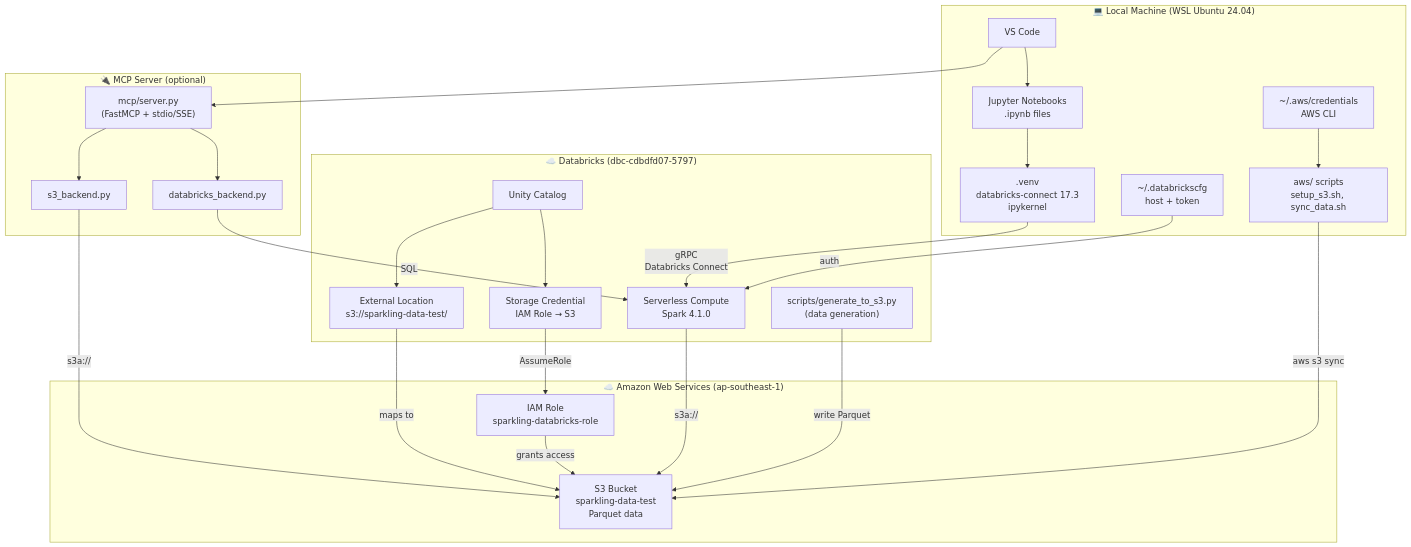
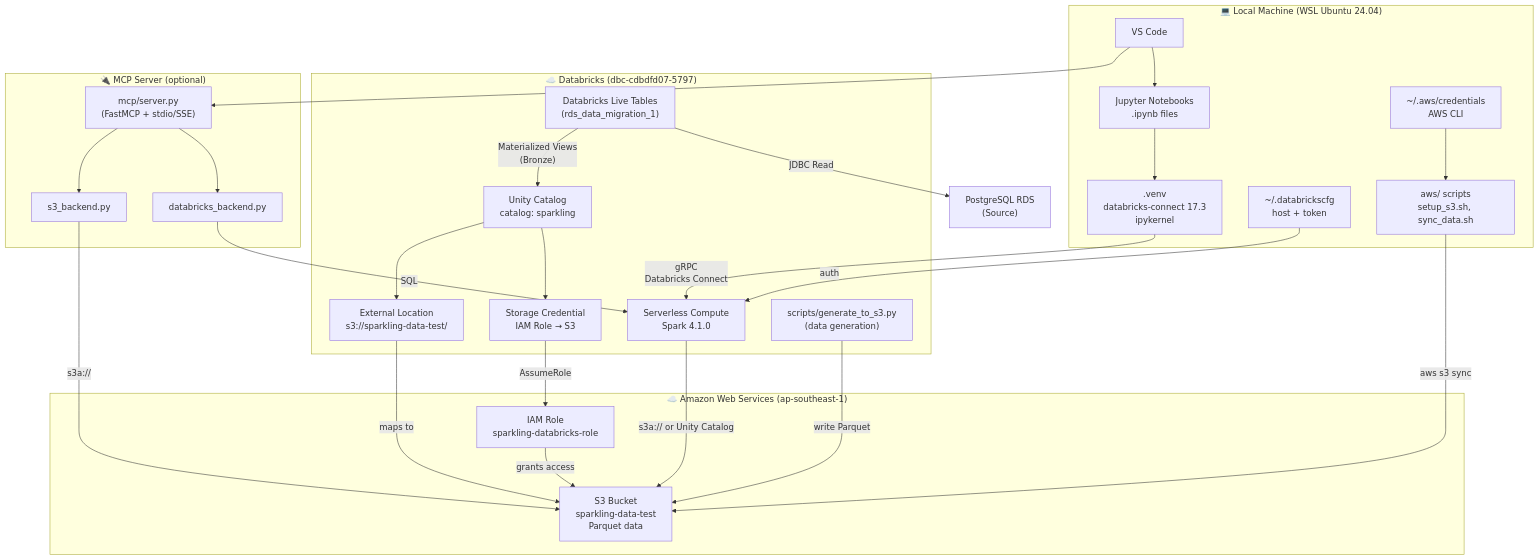
Before and after one commit to huynguyen305/Spark-ling: the diagram in docs/INTEGRATION_GUIDE.md, drawn with Mermaid. The commit also changed 7 other files, not shown here.

Commit message:
feat: Migrate RDS data ingestion to a Databricks Job using direct JDBC to Unity Catalog and update related documentation.

````diff
--- a/docs/INTEGRATION_GUIDE.md
+++ b/docs/INTEGRATION_GUIDE.md
@@ -9,49 +9,52 @@
 ```mermaid
 graph TB
     subgraph LOCAL["💻 Local Machine (WSL Ubuntu 24.04)"]
         IDE["VS Code"]
         NB["Jupyter Notebooks\n.ipynb files"]
         VENV[".venv\ndatabricks-connect 17.3\nipykernel"]
         CFG["~/.databrickscfg\nhost + token"]
         AWSCFG["~/.aws/credentials\nAWS CLI"]
         SCRIPTS["aws/ scripts\nsetup_s3.sh, sync_data.sh"]
     end
 
     subgraph AWS["☁️ Amazon Web Services (ap-southeast-1)"]
         S3["S3 Bucket\nsparkling-data-test\nParquet data"]
         IAM["IAM Role\nsparkling-databricks-role"]
     end
 
     subgraph DBX["☁️ Databricks (dbc-cdbdfd07-5797)"]
         SERVERLESS["Serverless Compute\nSpark 4.1.0"]
-        UC["Unity Catalog"]
+        UC["Unity Catalog\ncatalog: sparkling"]
+        DLT["Databricks Live Tables\n(rds_data_migration_1)"]
         CRED["Storage Credential\nIAM Role → S3"]
         EXTLOC["External Location\ns3://sparkling-data-test/"]
         GENSCRIPT["scripts/generate_to_s3.py\n(data generation)"]
     end
 
     subgraph MCP["🔌 MCP Server (optional)"]
         MCPSERVER["mcp/server.py\n(FastMCP + stdio/SSE)"]
         MCPDBX["databricks_backend.py"]
         MCPS3["s3_backend.py"]
     end
 
     IDE --> NB
     NB --> VENV
     VENV -->|"gRPC\nDatabricks Connect"| SERVERLESS
     CFG -->|"auth"| SERVERLESS
     AWSCFG --> SCRIPTS
     SCRIPTS -->|"aws s3 sync"| S3
     IAM -->|"grants access"| S3
     UC --> CRED
     CRED -->|"AssumeRole"| IAM
     UC --> EXTLOC
     EXTLOC -->|"maps to"| S3
-    SERVERLESS -->|"s3a://"| S3
+    SERVERLESS -->|"s3a:// or Unity Catalog"| S3
+    DLT -->|"JDBC Read"| RDS["PostgreSQL RDS\n(Source)"]
+    DLT -->|"Materialized Views\n(Bronze)"| UC
     GENSCRIPT -->|"write Parquet"| S3
     IDE --> MCPSERVER
     MCPSERVER --> MCPDBX
     MCPSERVER --> MCPS3
     MCPDBX -->|"SQL"| SERVERLESS
     MCPS3 -->|"s3a://"| S3
 ```
````
